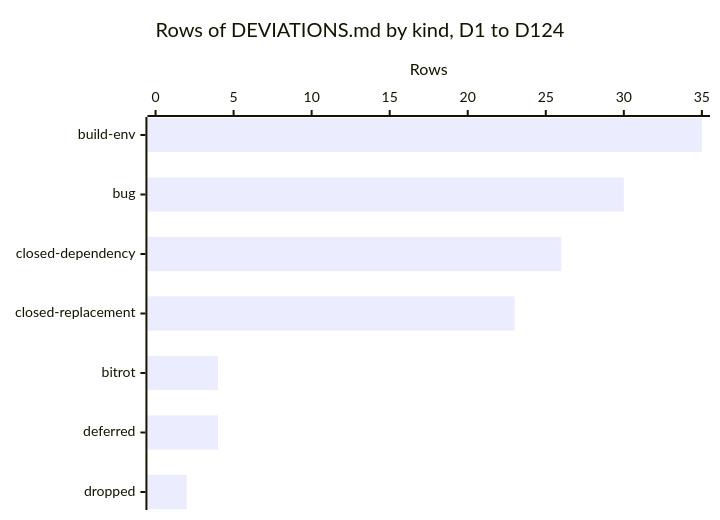
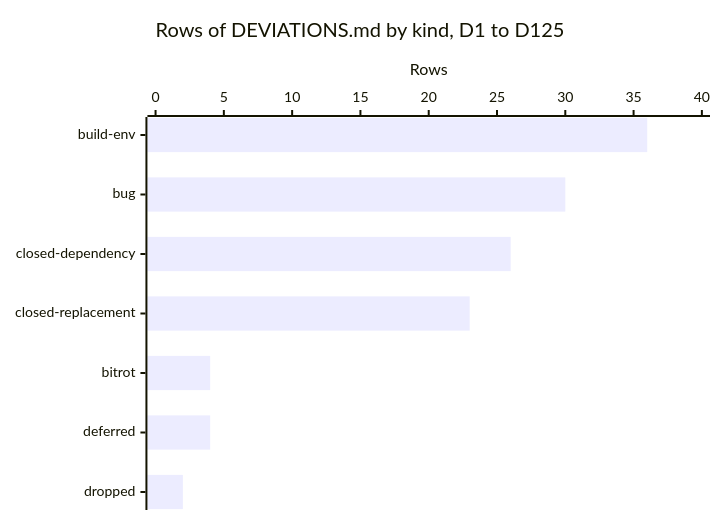
The first of 2 diagrams in docs/src/synthesis/kinds-of-deviation.md (nyg/PowerDarwin), drawn with Mermaid before and after one commit. The commit also changed other lines of this file and 6 other files, not shown here.

````diff
--- a/docs/src/synthesis/kinds-of-deviation.md
+++ b/docs/src/synthesis/kinds-of-deviation.md
@@ -27,7 +27,7 @@
 ```mermaid
 xychart-beta horizontal
-    title "Rows of DEVIATIONS.md by kind, D1 to D124"
+    title "Rows of DEVIATIONS.md by kind, D1 to D125"
     x-axis ["build-env", "bug", "closed-dependency", "closed-replacement", "bitrot", "deferred", "dropped"]
-    y-axis "Rows" 0 --> 35
-    bar [35, 30, 26, 23, 4, 4, 2]
+    y-axis "Rows" 0 --> 40
+    bar [36, 30, 26, 23, 4, 4, 2]
 ```
````
